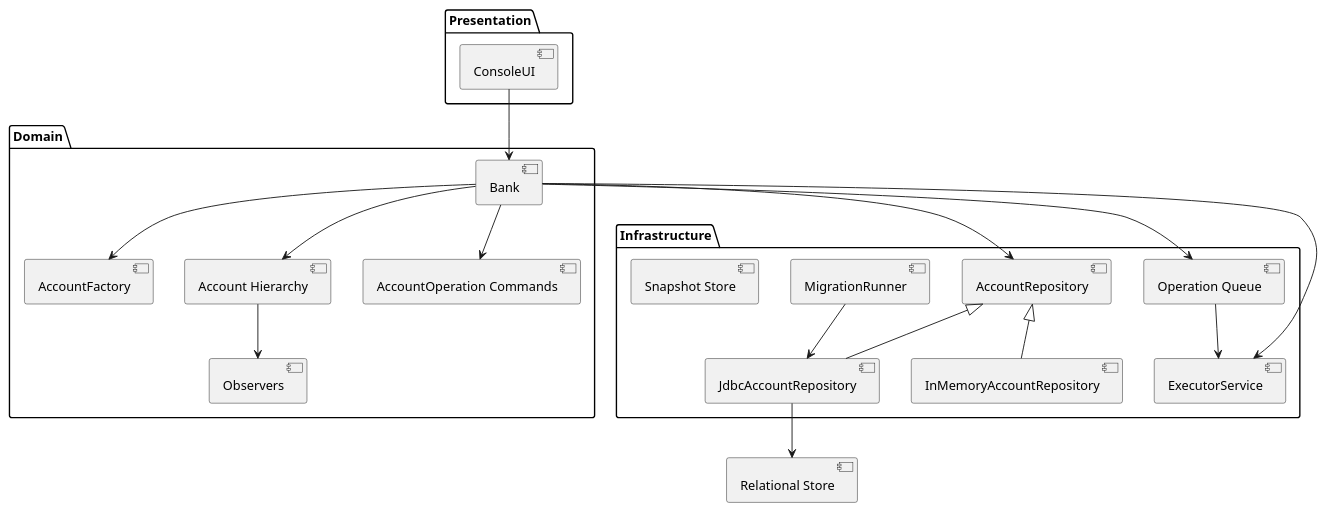
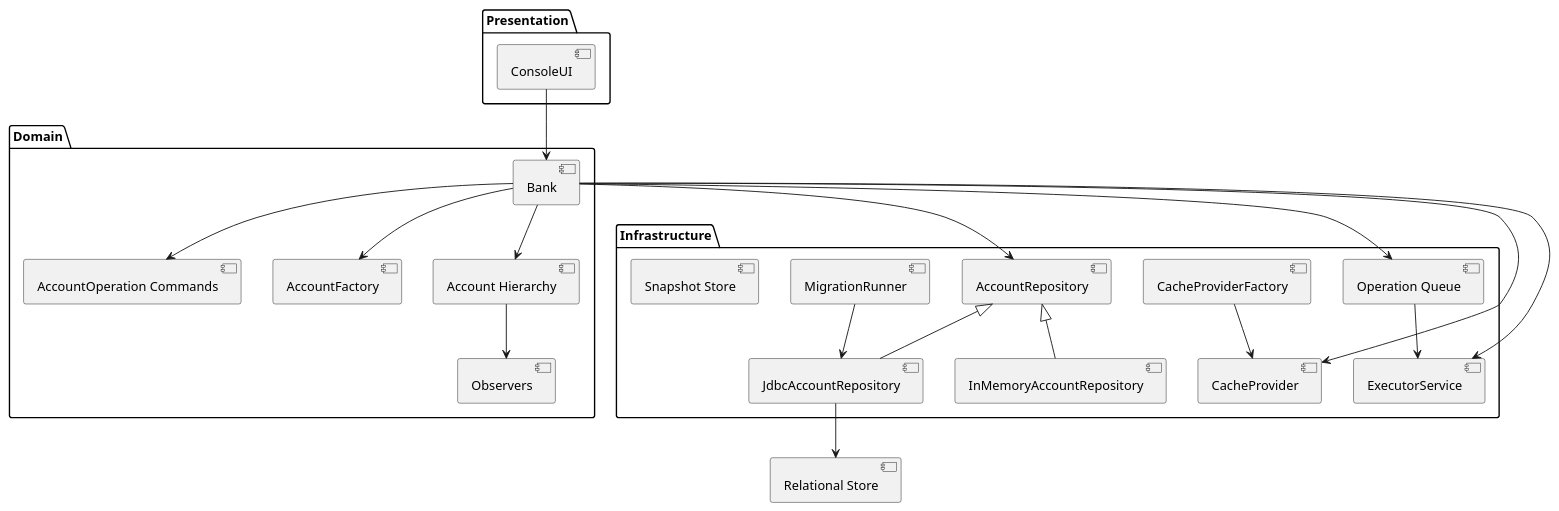
Before and after one commit to letsbegincode/Banking-System: the first of 2 diagrams in docs/architecture-system-design.md, drawn with PlantUML. The commit also changed other lines of this file and 17 other files, not shown here.

````diff
--- a/docs/architecture-system-design.md
+++ b/docs/architecture-system-design.md
@@ -13,36 +13,40 @@
 ```plantuml
 @startuml
 package "Presentation" {
   [ConsoleUI]
 }
 package "Domain" {
   [Bank]
   [AccountFactory]
   [Account Hierarchy]
   [AccountOperation Commands]
   [Observers]
 }
 package "Infrastructure" {
   [AccountRepository]
   [JdbcAccountRepository]
   [InMemoryAccountRepository]
+  [CacheProvider]
+  [CacheProviderFactory]
   [MigrationRunner]
   [Operation Queue]
   [ExecutorService]
   [Snapshot Store]
 }
 [ConsoleUI] --> [Bank]
 [Bank] --> [AccountFactory]
 [Bank] --> [Account Hierarchy]
 [Bank] --> [AccountOperation Commands]
 [Bank] --> [Operation Queue]
 [Account Hierarchy] --> [Observers]
 [Bank] --> [ExecutorService]
 [Operation Queue] --> [ExecutorService]
 [Bank] --> [AccountRepository]
 [AccountRepository] <|-- [JdbcAccountRepository]
 [AccountRepository] <|-- [InMemoryAccountRepository]
+[CacheProviderFactory] --> [CacheProvider]
+[Bank] --> [CacheProvider]
 [MigrationRunner] --> [JdbcAccountRepository]
 [JdbcAccountRepository] --> [Relational Store]
 @enduml
 ```
````
